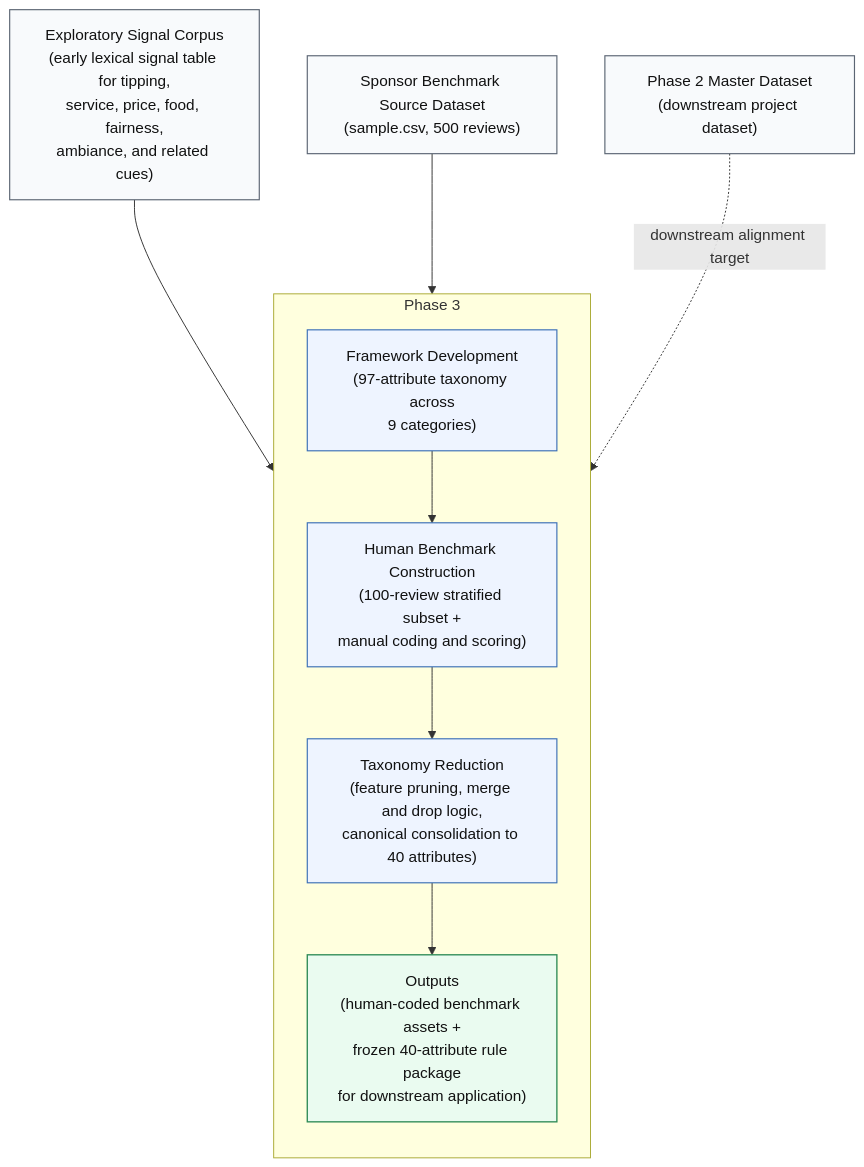
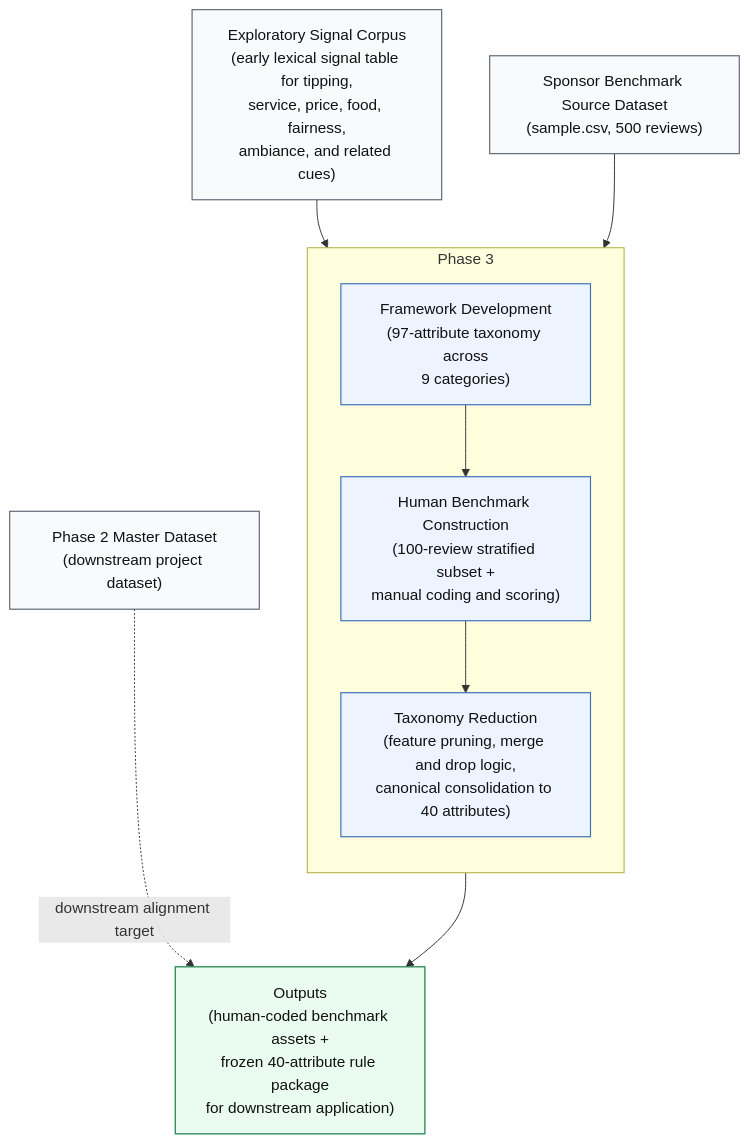
One commit to sergiodavila18-afk/DSA5900 changed the diagram in 06_figures_and_diagrams/mermaid_source/phase_3_simple.md. Above: the diagram before and after it, drawn with Mermaid.

Commit message:
Update diagram flow by adding output node

````diff
--- a/06_figures_and_diagrams/mermaid_source/phase_3_simple.md
+++ b/06_figures_and_diagrams/mermaid_source/phase_3_simple.md
@@ -1,33 +1,34 @@
 ```mermaid
 flowchart TD
 
     C["Exploratory Signal Corpus<br/>(early lexical signal table for tipping,<br/>service, price, food, fairness,<br/>ambiance, and related cues)"]:::data
     S500["Sponsor Benchmark Source Dataset<br/>(sample.csv, 500 reviews)"]:::data
     D["Phase 2 Master Dataset<br/>(downstream project dataset)"]:::data
 
     subgraph P3["Phase 3"]
         direction TB
 
         FRAME["Framework Development<br/>(97-attribute taxonomy across<br/>9 categories)"]:::proc
 
         BENCH["Human Benchmark Construction<br/>(100-review stratified subset +<br/>manual coding and scoring)"]:::proc
 
         REDUCE["Taxonomy Reduction<br/>(feature pruning, merge and drop logic,<br/>canonical consolidation to 40 attributes)"]:::proc
 
-        OUT["Outputs<br/>(human-coded benchmark assets +<br/>frozen 40-attribute rule package<br/>for downstream application)"]:::output
+        FRAME --> BENCH --> REDUCE
+    end
 
-        FRAME --> BENCH --> REDUCE --> OUT
-    end
+    OUT["Outputs<br/>(human-coded benchmark assets +<br/>frozen 40-attribute rule package<br/>for downstream application)"]:::output
 
     C --> FRAME
     S500 --> BENCH
+    REDUCE --> OUT
     D -. "downstream alignment target" .-> OUT
 
     classDef proc fill:#EEF4FF,stroke:#3B6FB6,stroke-width:1.2px,color:#111;
     classDef data fill:#F8FAFC,stroke:#5B6573,stroke-width:1.2px,color:#111;
     classDef output fill:#EAFBF0,stroke:#2E8B57,stroke-width:1.4px,color:#111;
 
     class C,S500,D data;
     class FRAME,BENCH,REDUCE proc;
     class OUT output;
 ```
````
